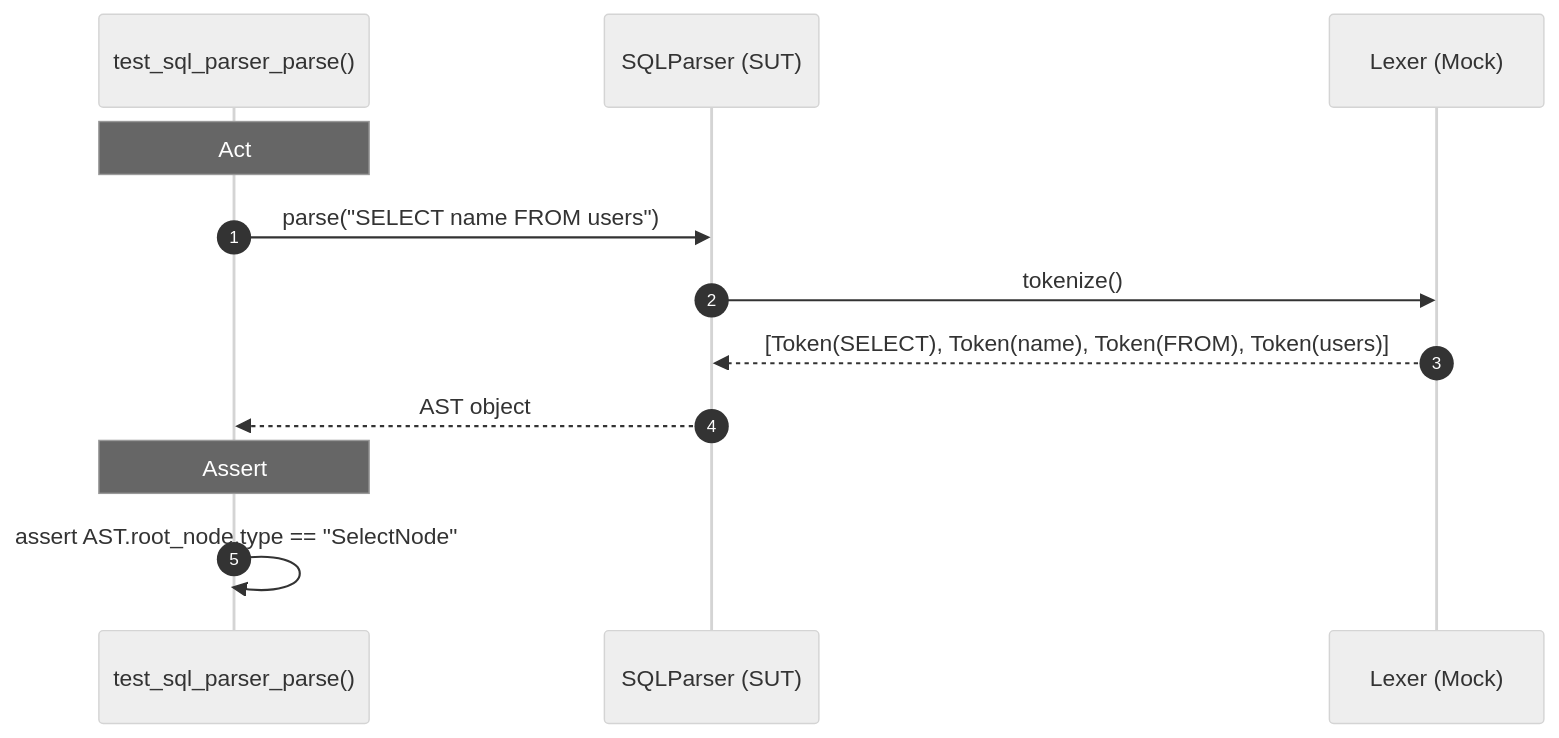
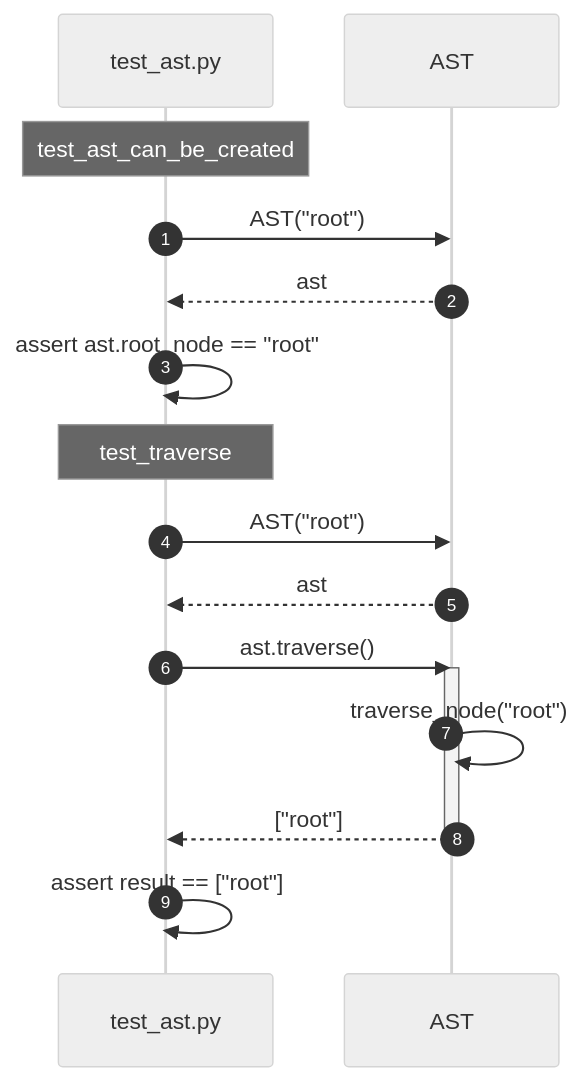
One commit to taitran501/DBMS changed the first of 14 diagrams in diagrams/sequence/query_processing.md. Above: the diagram before and after it, drawn with Mermaid (neutral theme). The commit also changed other lines of this file and 5 other files, not shown here.

Commit message:
docs: udpate sequence unit test diagrams

````diff
--- a/diagrams/sequence/query_processing.md
+++ b/diagrams/sequence/query_processing.md
@@ -10,16 +9,21 @@
 ```mermaid
 sequenceDiagram
     autonumber
-    participant Test as test_sql_parser_parse()
-    participant Parser as SQLParser (SUT)
-    participant Lexer as Lexer (Mock)
+    participant Test as test_ast.py
+    participant SUT as AST
 
-    Note over Test: Act
-    Test->>Parser: parse("SELECT name FROM users")
-    Parser->>Lexer: tokenize()
-    Lexer-->>Parser: [Token(SELECT), Token(name), Token(FROM), Token(users)]
-    Parser-->>Test: AST object
+    Note over Test: test_ast_can_be_created
+    Test->>SUT: AST("root")
+    SUT-->>Test: ast
+    Test->>Test: assert ast.root_node == "root"
 
-    Note over Test: Assert
-    Test->>Test: assert AST.root_node.type == "SelectNode"
+    Note over Test: test_traverse
+    Test->>SUT: AST("root")
+    SUT-->>Test: ast
+    Test->>SUT: ast.traverse()
+    activate SUT
+    SUT->>SUT: traverse_node("root")
+    SUT-->>Test: ["root"]
+    deactivate SUT
+    Test->>Test: assert result == ["root"]
 ```
````
